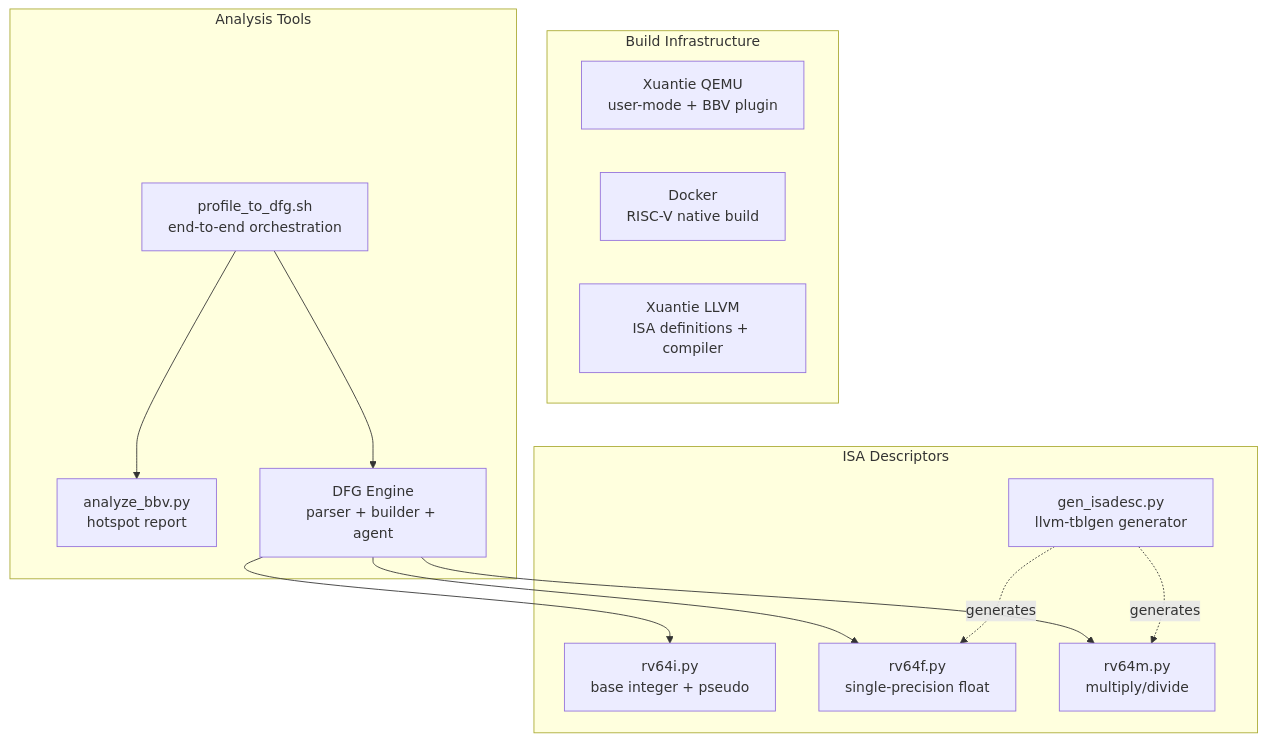
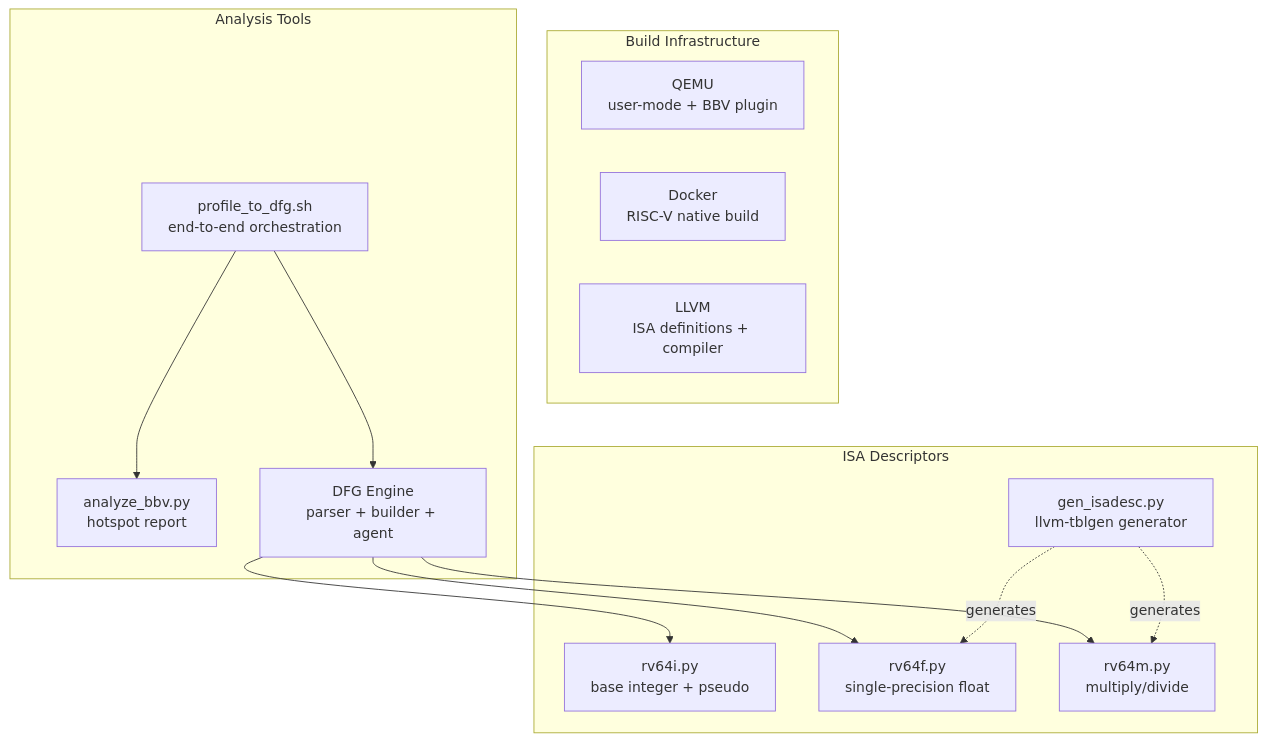
The second of 3 diagrams in docs/architecture.md (Satone7/rvfuse), drawn with Mermaid before and after one commit. The commit also changed other lines of this file and 17 other files, not shown here.

First line of the commit message:
feat: replace Xuantie toolchain with upstream LLVM 22 and QEMU

````diff
--- a/docs/architecture.md
+++ b/docs/architecture.md
@@ -96,26 +95,26 @@
 ```mermaid
 graph TB
     subgraph BuildInfrastructure[Build Infrastructure]
-        QEMU[Xuantie QEMU<br/>user-mode + BBV plugin]
+        QEMU[QEMU<br/>user-mode + BBV plugin]
         Docker[Docker<br/>RISC-V native build]
-        LLVM[Xuantie LLVM<br/>ISA definitions + compiler]
+        LLVM[LLVM<br/>ISA definitions + compiler]
     end
     subgraph AnalysisTools[Analysis Tools]
         BBV[analyze_bbv.py<br/>hotspot report]
         DFG[DFG Engine<br/>parser + builder + agent]
         Pipeline[profile_to_dfg.sh<br/>end-to-end orchestration]
     end
     subgraph ISA[ISA Descriptors]
         RV64I[rv64i.py<br/>base integer + pseudo]
         RV64F[rv64f.py<br/>single-precision float]
         RV64M[rv64m.py<br/>multiply/divide]
         GenISA[gen_isadesc.py<br/>llvm-tblgen generator]
     end
     Pipeline --> BBV
     Pipeline --> DFG
     DFG --> RV64I
     DFG --> RV64F
     DFG --> RV64M
     GenISA -.generates.-> RV64F
     GenISA -.generates.-> RV64M
 ```
````
